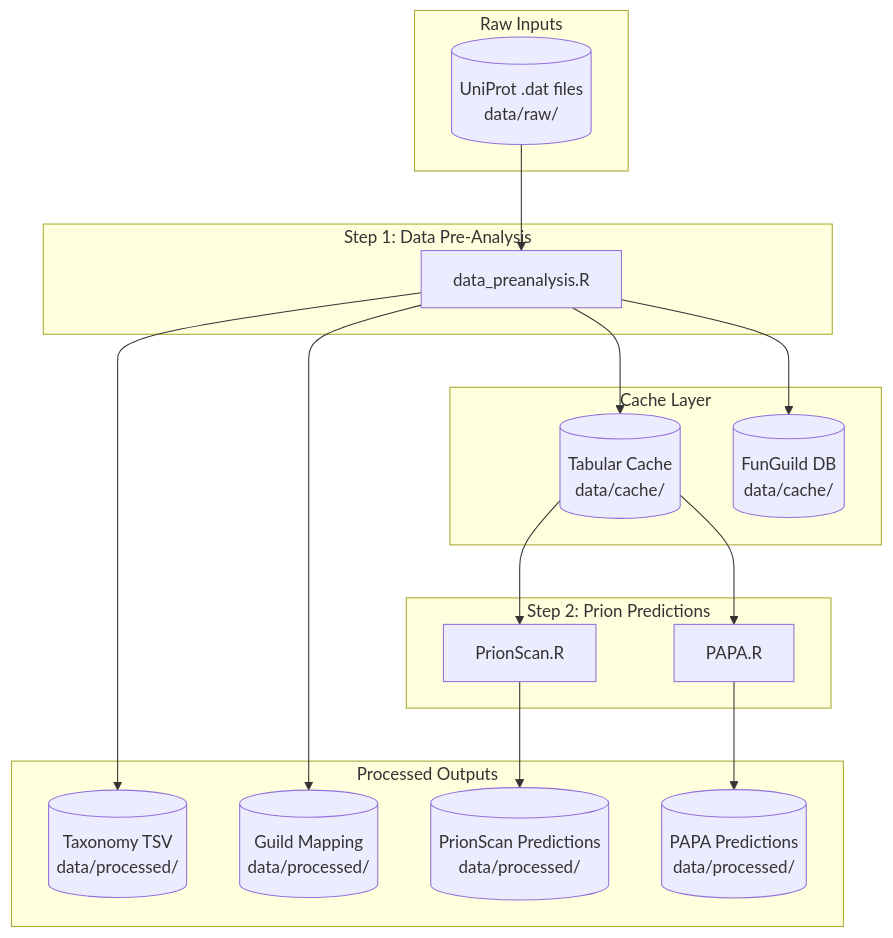
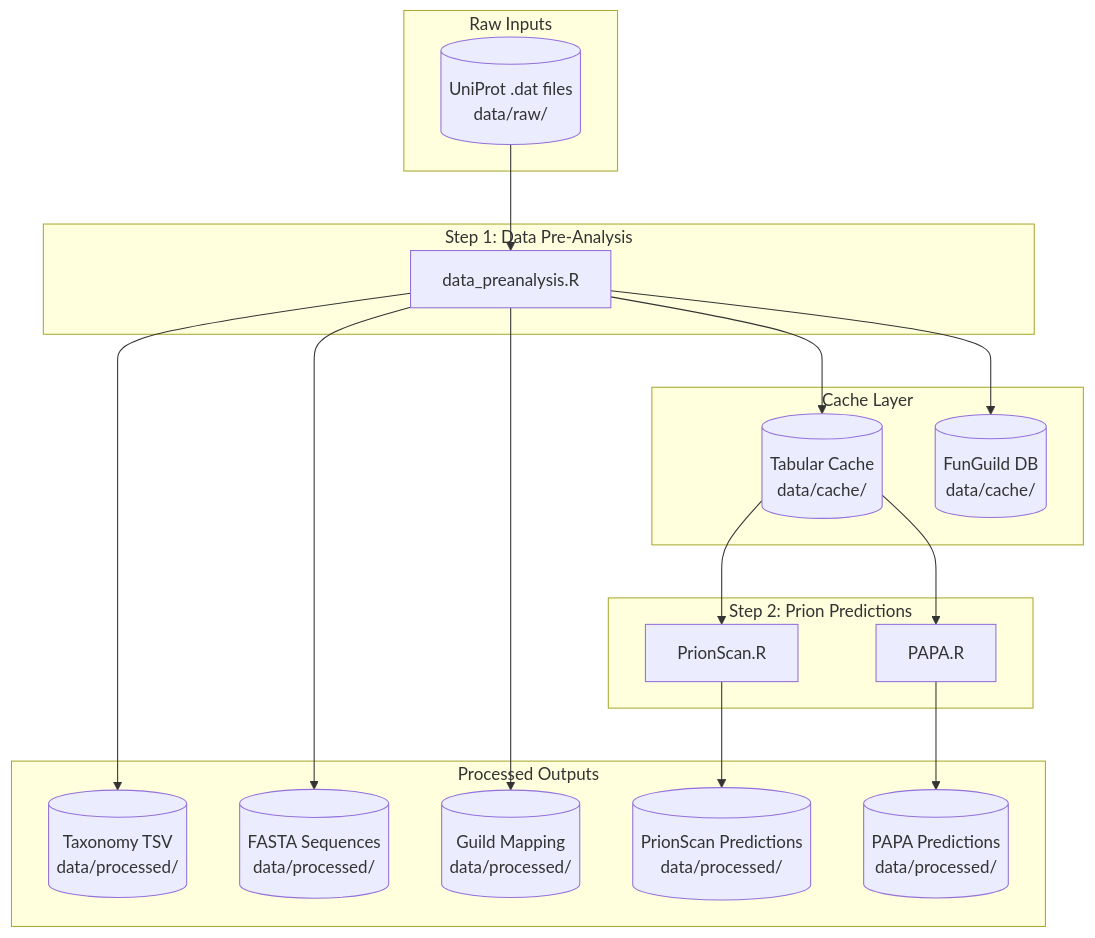
One commit to sghignone/prion-prediction-pipeline changed the diagram in docs/workflow.md. Above: the diagram before and after it, drawn with Mermaid. The commit also changed 5 other files, not shown here.

````diff
--- a/docs/workflow.md
+++ b/docs/workflow.md
@@ -66,37 +66,39 @@
 ```mermaid
 flowchart TD
     subgraph inputs["Raw Inputs"]
         DAT[("UniProt .dat files<br/>data/raw/")]
     end
 
     subgraph step1["Step 1: Data Pre-Analysis"]
         S1[data_preanalysis.R]
     end
 
     subgraph cache["Cache Layer"]
         TSV[("Tabular Cache<br/>data/cache/")]
         FGDB[("FunGuild DB<br/>data/cache/")]
     end
 
     subgraph step2["Step 2: Prion Predictions"]
         S2[PrionScan.R]
         S3[PAPA.R]
     end
 
     subgraph outputs["Processed Outputs"]
         TAX[("Taxonomy TSV<br/>data/processed/")]
+        FASTA[("FASTA Sequences<br/>data/processed/")]
         GUILD[("Guild Mapping<br/>data/processed/")]
         PRION[("PrionScan Predictions<br/>data/processed/")]
         PAPA_OUT[("PAPA Predictions<br/>data/processed/")]
     end
 
     DAT --> S1
     S1 --> TSV
     S1 --> FGDB
     S1 --> TAX
+    S1 --> FASTA
     S1 --> GUILD
     TSV --> S2
     TSV --> S3
     S2 --> PRION
     S3 --> PAPA_OUT
 ```
````
